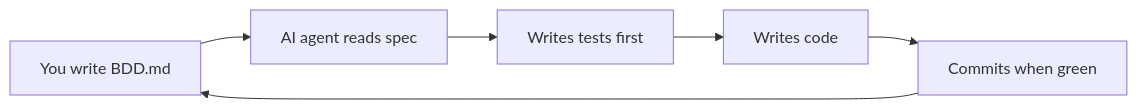
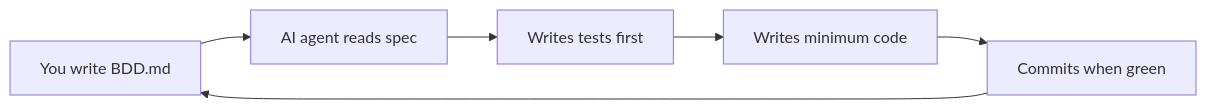
Before and after one commit to dweng0/POPPINS: the first of 3 diagrams in docs/src/content/docs/getting-started/introduction.md, drawn with Mermaid. The commit also changed other lines of this file, not shown here.

````diff
--- a/docs/src/content/docs/getting-started/introduction.md
+++ b/docs/src/content/docs/getting-started/introduction.md
@@ -12,8 +16,8 @@
 ```mermaid
 graph LR
     You["You write BDD.md"] --> Agent["AI agent reads spec"]
     Agent --> Tests["Writes tests first"]
-    Tests --> Code["Writes code"]
+    Tests --> Code["Writes minimum code"]
     Code --> Commit["Commits when green"]
     Commit --> You
 ```
````
